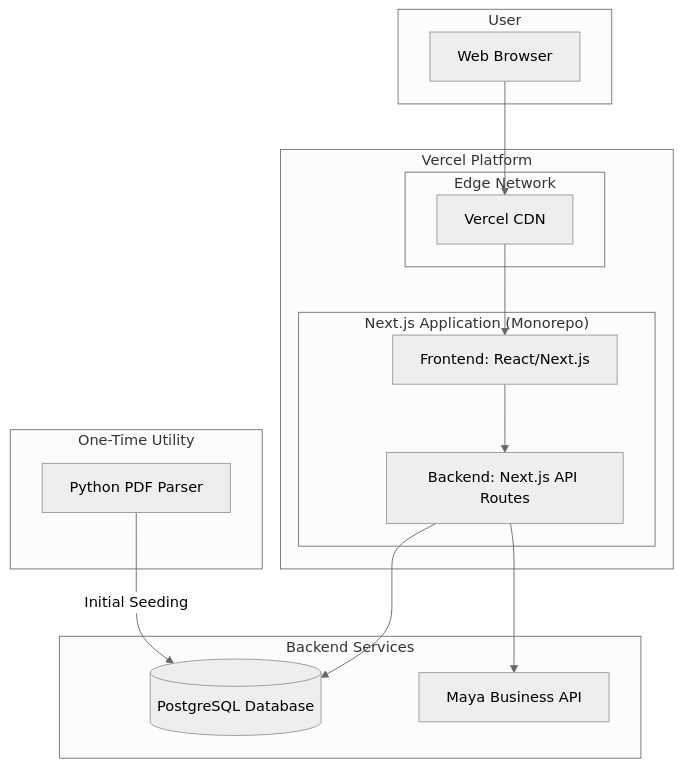
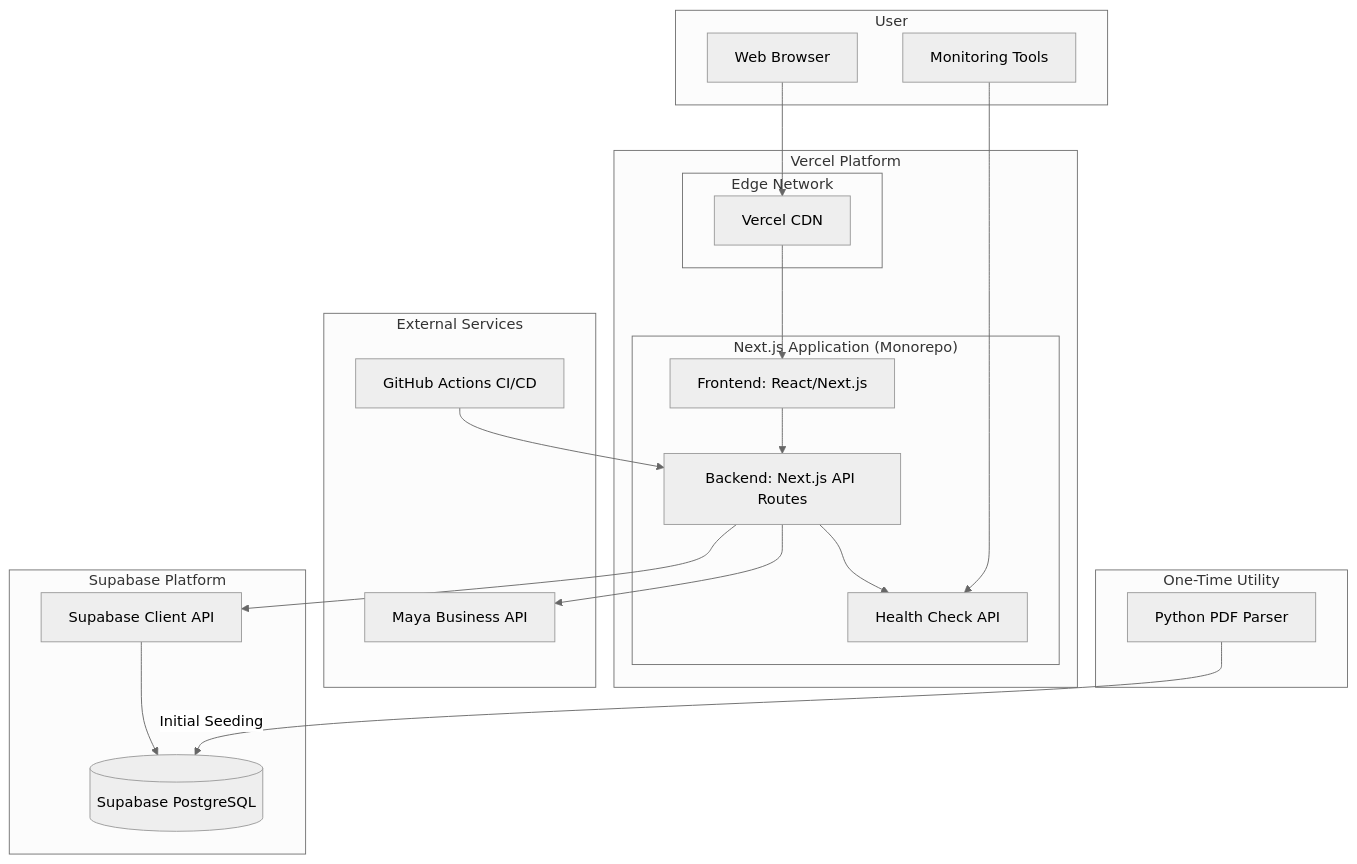
Before and after one commit to knu2/nclex311-web: the diagram in docs/architecture/high-level-architecture.md, drawn with Mermaid (neutral theme). The commit also changed other lines of this file and 35 other files, not shown here.

````diff
--- a/docs/architecture/high-level-architecture.md
+++ b/docs/architecture/high-level-architecture.md
@@ -21,31 +21,41 @@
 ```mermaid
 graph TD
     subgraph User
         U[Web Browser]
+        M[Monitoring Tools]
     end
 
     subgraph Vercel Platform
         subgraph Edge Network
             CDN[Vercel CDN]
         end
         subgraph "Next.js Application (Monorepo)"
             WebApp[Frontend: React/Next.js]
             APIRoutes[Backend: Next.js API Routes]
+            HealthAPI[Health Check API]
         end
     end
 
-    subgraph Backend Services
-        DB[(PostgreSQL Database)]
+    subgraph Supabase Platform
+        DB[(Supabase PostgreSQL)]
+        DBAPI[Supabase Client API]
+    end
+
+    subgraph External Services
         Maya[Maya Business API]
+        GHA[GitHub Actions CI/CD]
     end
 
     subgraph One-Time Utility
         Parser[Python PDF Parser]
     end
 
     U --> CDN --> WebApp
     WebApp --> APIRoutes
-    APIRoutes --> DB
+    APIRoutes --> DBAPI --> DB
     APIRoutes --> Maya
+    APIRoutes --> HealthAPI
+    M --> HealthAPI
+    GHA --> APIRoutes
     Parser -- Initial Seeding --> DB
 ```
````
